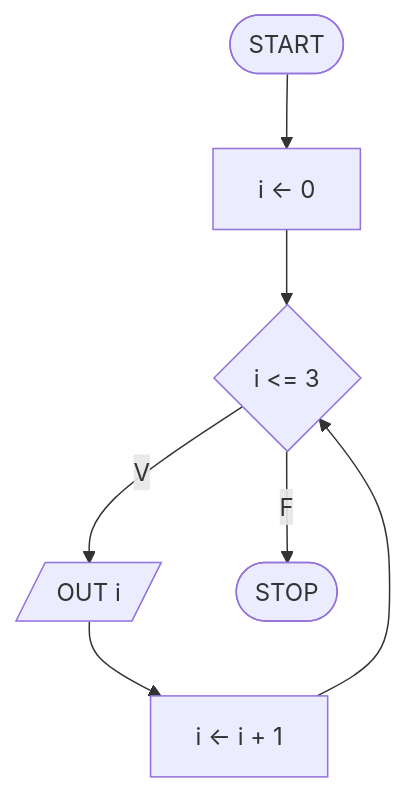
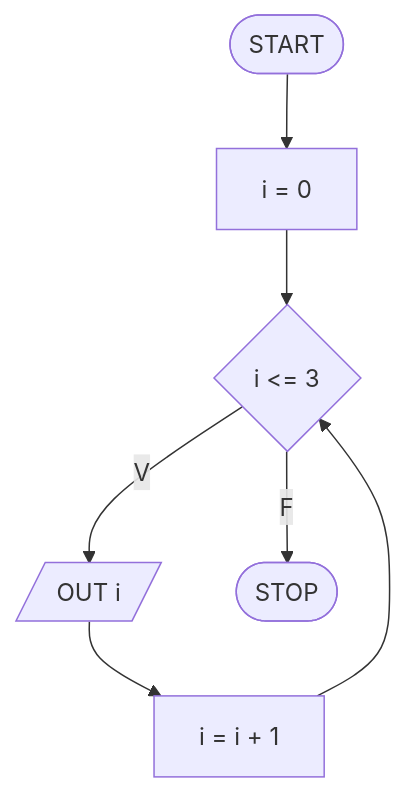
Diagram 16 of 28 in flowcharts_soluzioni.md (pg-laboratorio/flowcharts_laboratorio_esercizi), drawn with Mermaid before and after one commit. The commit also changed other lines of this file, not shown here.

````diff
--- a/flowcharts_soluzioni.md
+++ b/flowcharts_soluzioni.md
@@ -373,9 +373,9 @@
 ```mermaid
 graph TD
-    START([START]) --> INIT["i ← 0"]
+    START([START]) --> INIT["i = 0"]
     INIT --> COND{"i <= 3"}
     COND -- V --> OUTPUT[/"OUT i"/]
-    OUTPUT --> INC["i ← i + 1"]
+    OUTPUT --> INC["i = i + 1"]
     INC --> COND
     COND -- F --> STOP([STOP])
 ```
````
